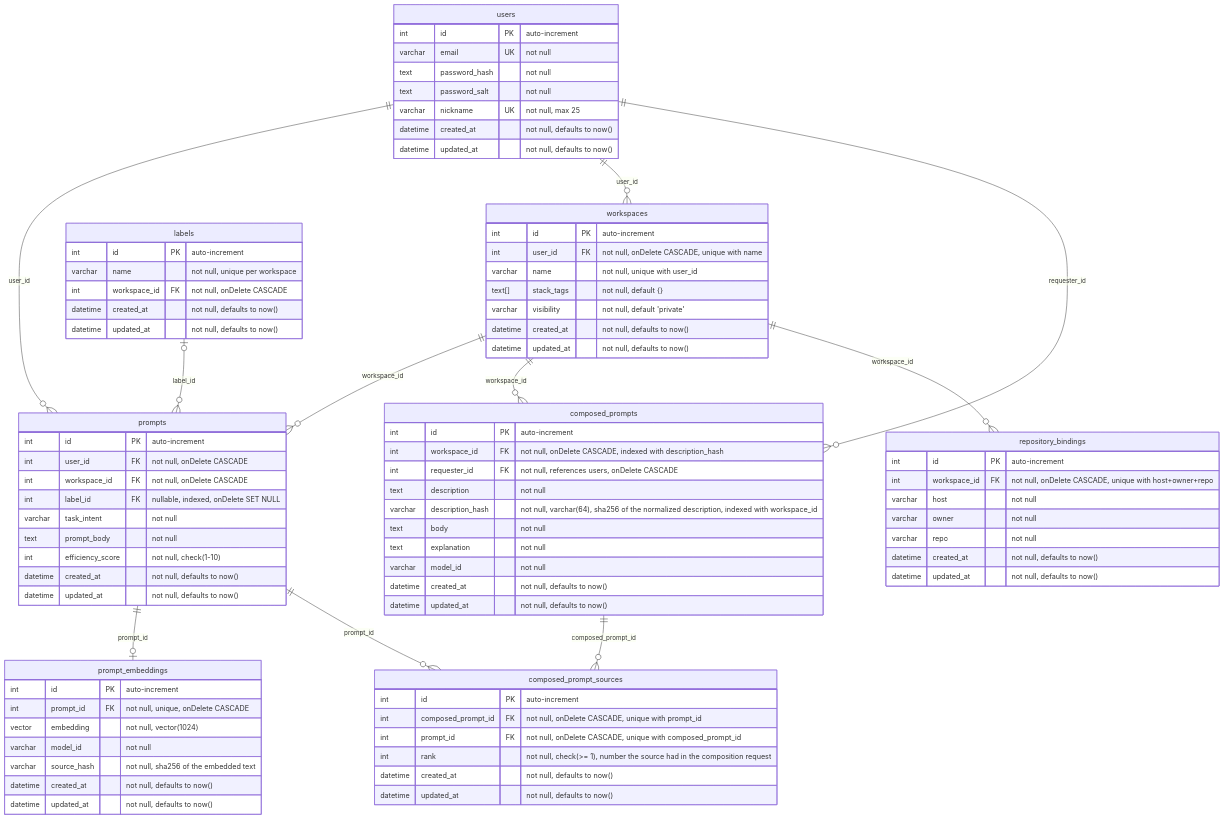
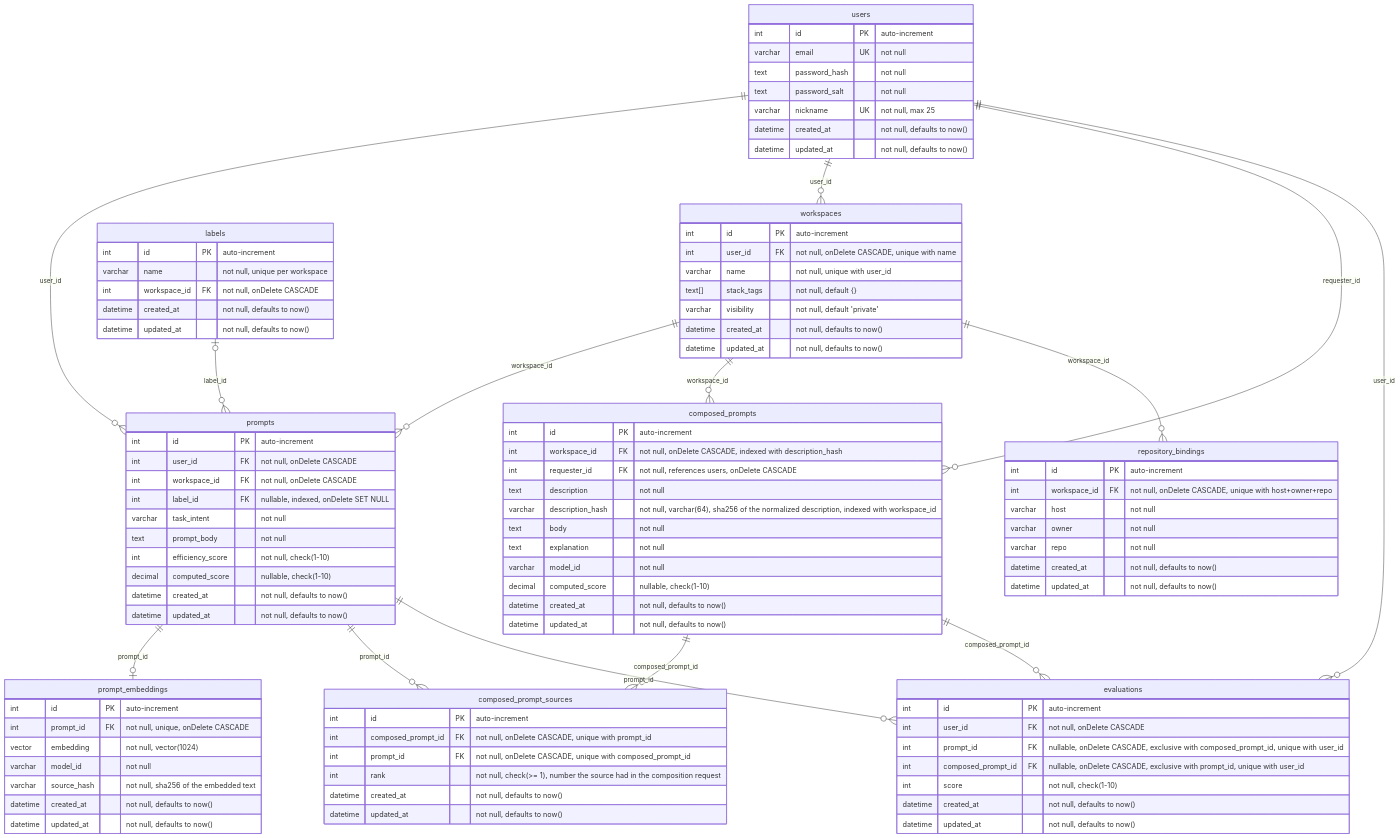
One commit to BinaryStudioAcademy/bsa-2026-promtomat changed the diagram in readme.md. Above: the diagram before and after it, drawn with Mermaid. The commit also changed 103 other files, not shown here.

```diff
--- a/readme.md
+++ b/readme.md
@@ -50,6 +50,9 @@
     users ||--o{ composed_prompts : "requester_id"
     composed_prompts ||--o{ composed_prompt_sources : "composed_prompt_id"
     prompts ||--o{ composed_prompt_sources : "prompt_id"
+    users ||--o{ evaluations : "user_id"
+    prompts ||--o{ evaluations : "prompt_id"
+    composed_prompts ||--o{ evaluations : "composed_prompt_id"
     workspaces ||--o{ repository_bindings : "workspace_id"
 
     users {
@@ -88,6 +91,7 @@
         varchar task_intent "not null"
         text prompt_body "not null"
         int efficiency_score "not null, check(1-10)"
+        decimal computed_score "nullable, check(1-10)"
         datetime created_at "not null, defaults to now()"
         datetime updated_at "not null, defaults to now()"
     }
@@ -111,6 +115,7 @@
         text body "not null"
         text explanation "not null"
         varchar model_id "not null"
+        decimal computed_score "nullable, check(1-10)"
         datetime created_at "not null, defaults to now()"
         datetime updated_at "not null, defaults to now()"
     }
@@ -120,6 +125,16 @@
         int composed_prompt_id FK "not null, onDelete CASCADE, unique with prompt_id"
         int prompt_id FK "not null, onDelete CASCADE, unique with composed_prompt_id"
         int rank "not null, check(>= 1), number the source had in the composition request"
+        datetime created_at "not null, defaults to now()"
+        datetime updated_at "not null, defaults to now()"
+    }
+
+   evaluations {
+        int id PK "auto-increment"
+        int user_id FK "not null, onDelete CASCADE"
+        int prompt_id FK "nullable, onDelete CASCADE, exclusive with composed_prompt_id, unique with user_id"
+        int composed_prompt_id FK "nullable, onDelete CASCADE, exclusive with prompt_id, unique with user_id"
+        int score "not null, check(1-10)"
         datetime created_at "not null, defaults to now()"
         datetime updated_at "not null, defaults to now()"
     }
```
